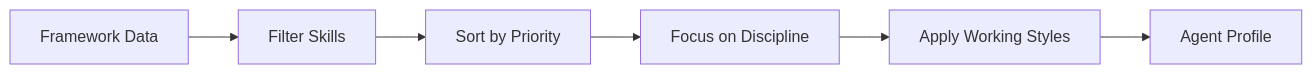
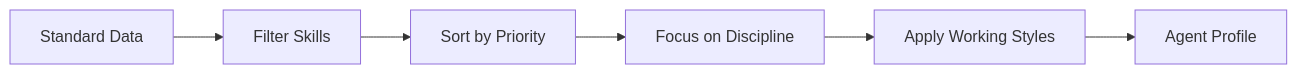
Before and after one commit to forwardimpact/pathway: the diagram in websites/fit/docs/guides/agent-teams/index.md, drawn with Mermaid. The commit also changed other lines of this file and 212 other files, not shown here.

````diff
--- a/websites/fit/docs/guides/agent-teams/index.md
+++ b/websites/fit/docs/guides/agent-teams/index.md
@@ -41,8 +41,8 @@
 ```mermaid
 graph LR
-    A[Framework Data] --> B[Filter Skills]
+    A[Standard Data] --> B[Filter Skills]
     B --> C[Sort by Priority]
     C --> D[Focus on Discipline]
     D --> E[Apply Working Styles]
     E --> F[Agent Profile]
 ```
````
